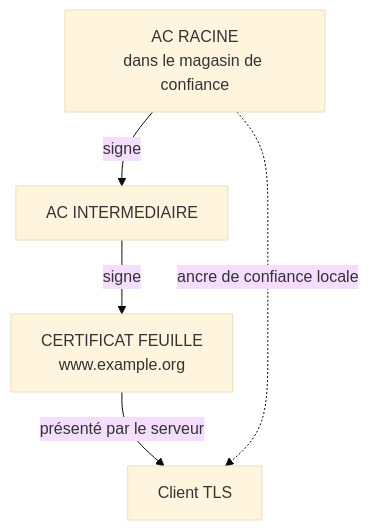
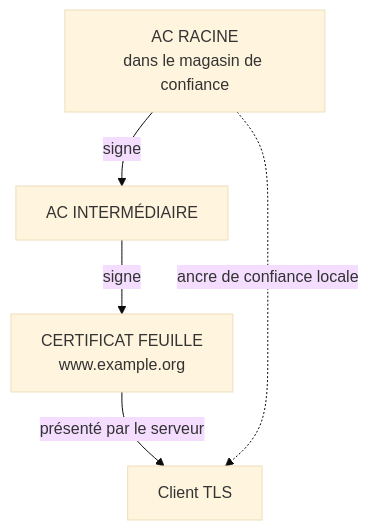
One commit to Gooseppr/GevOps_LC changed the second of 3 diagrams in courses/reseaux-cybersecurite/18_cryptographie.md. Above: the diagram before and after it, drawn with Mermaid (base theme). The commit also changed other lines of this file and 56 other files, not shown here.

````diff
--- a/courses/reseaux-cybersecurite/18_cryptographie.md
+++ b/courses/reseaux-cybersecurite/18_cryptographie.md
@@ -233,7 +233,7 @@
 ```mermaid
 flowchart TD
-    R[AC RACINE<br/>dans le magasin de confiance] -->|signe| I[AC INTERMEDIAIRE]
+    R[AC RACINE<br/>dans le magasin de confiance] -->|signe| I[AC INTERMÉDIAIRE]
     I -->|signe| L[CERTIFICAT FEUILLE<br/>www.example.org]
     L -->|présenté par le serveur| C[Client TLS]
     R -.->|ancre de confiance locale| C
 ```
````
